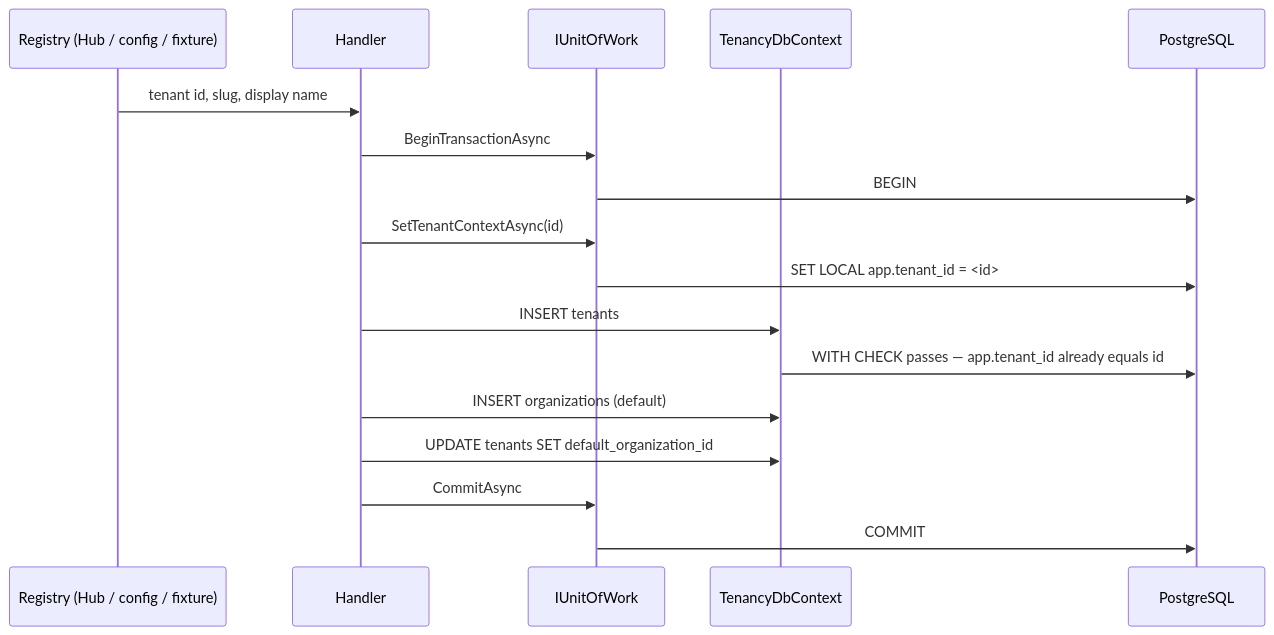
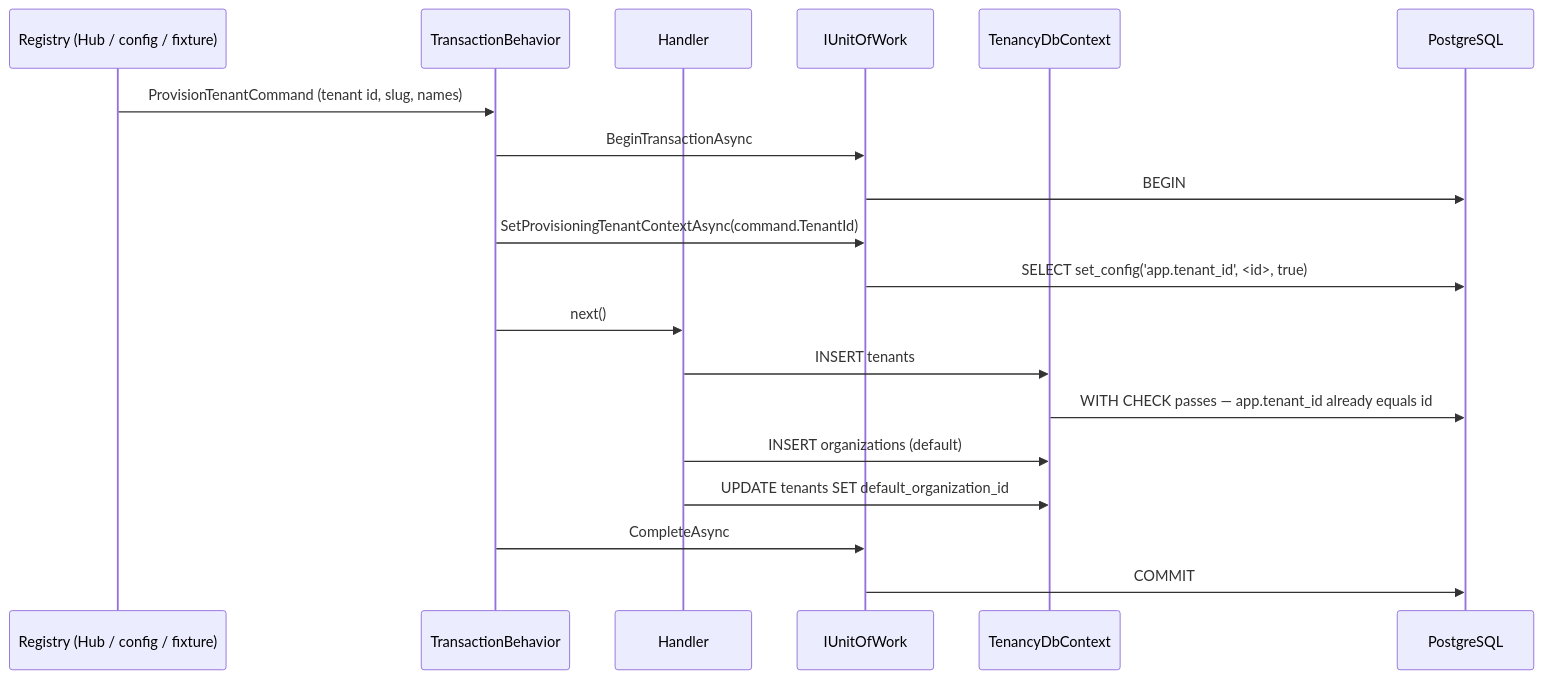
The fourth of 6 diagrams in docs/modules/tenancy/README.md (HodeTech/LearnStack), drawn with Mermaid before and after one commit. The commit also changed other lines of this file and 4 other files, not shown here.

````diff
--- a/docs/modules/tenancy/README.md
+++ b/docs/modules/tenancy/README.md
@@ -160,20 +160,22 @@
 ```mermaid
 sequenceDiagram
     participant R as Registry (Hub / config / fixture)
+    participant T as TransactionBehavior
     participant H as Handler
     participant U as IUnitOfWork
     participant D as TenancyDbContext
     participant P as PostgreSQL
 
-    R->>H: tenant id, slug, display name
-    H->>U: BeginTransactionAsync
+    R->>T: ProvisionTenantCommand (tenant id, slug, names)
+    T->>U: BeginTransactionAsync
     U->>P: BEGIN
-    H->>U: SetTenantContextAsync(id)
-    U->>P: SET LOCAL app.tenant_id = <id>
+    T->>U: SetProvisioningTenantContextAsync(command.TenantId)
+    U->>P: SELECT set_config('app.tenant_id', <id>, true)
+    T->>H: next()
     H->>D: INSERT tenants
     D->>P: WITH CHECK passes — app.tenant_id already equals id
     H->>D: INSERT organizations (default)
     H->>D: UPDATE tenants SET default_organization_id
-    H->>U: CommitAsync
+    T->>U: CompleteAsync
     U->>P: COMMIT
 ```
````
